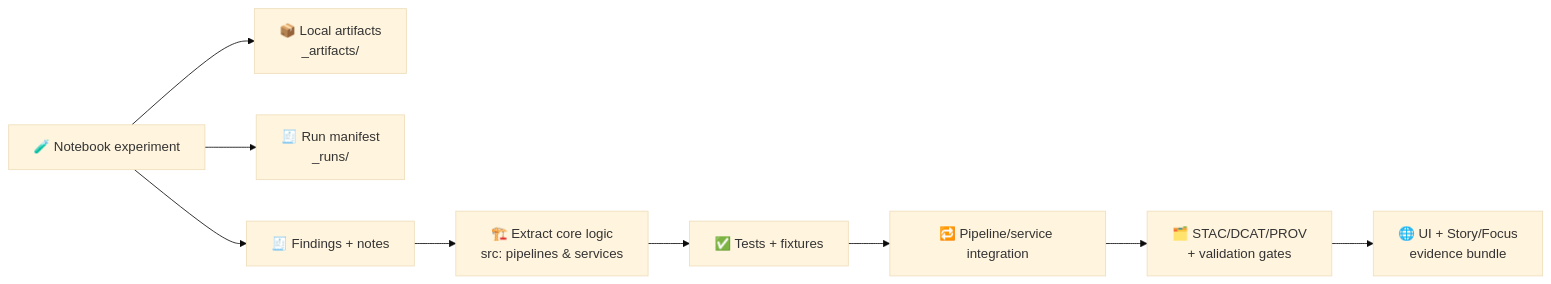
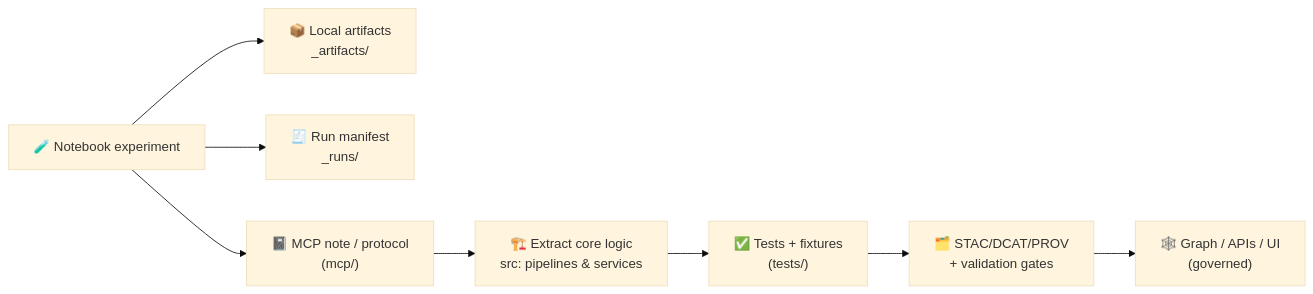
The diagram in notebooks/README.md (bartytime4life/Kansas-Frontier-Matrix), drawn with Mermaid (base theme) before and after one commit. The commit also changed other lines of this file, not shown here.

````diff
--- a/notebooks/README.md
+++ b/notebooks/README.md
@@ -247,11 +322,10 @@
 ```mermaid
 flowchart LR
   A["🧪 Notebook experiment"] --> B["📦 Local artifacts\n_artifacts/"]
   A --> R["🧾 Run manifest\n_runs/"]
-  A --> C["🧾 Findings + notes"]
+  A --> C["📓 MCP note / protocol\n(mcp/)"]
   C --> D["🏗️ Extract core logic\nsrc: pipelines & services"]
-  D --> E["✅ Tests + fixtures"]
-  E --> F["🔁 Pipeline/service integration"]
-  F --> G["🗂️ STAC/DCAT/PROV\n+ validation gates"]
-  G --> H["🌐 UI + Story/Focus\nevidence bundle"]
+  D --> E["✅ Tests + fixtures\n(tests/)"]
+  E --> F["🗂️ STAC/DCAT/PROV\n+ validation gates"]
+  F --> G["🕸️ Graph / APIs / UI\n(governed)"]
 ```
````
